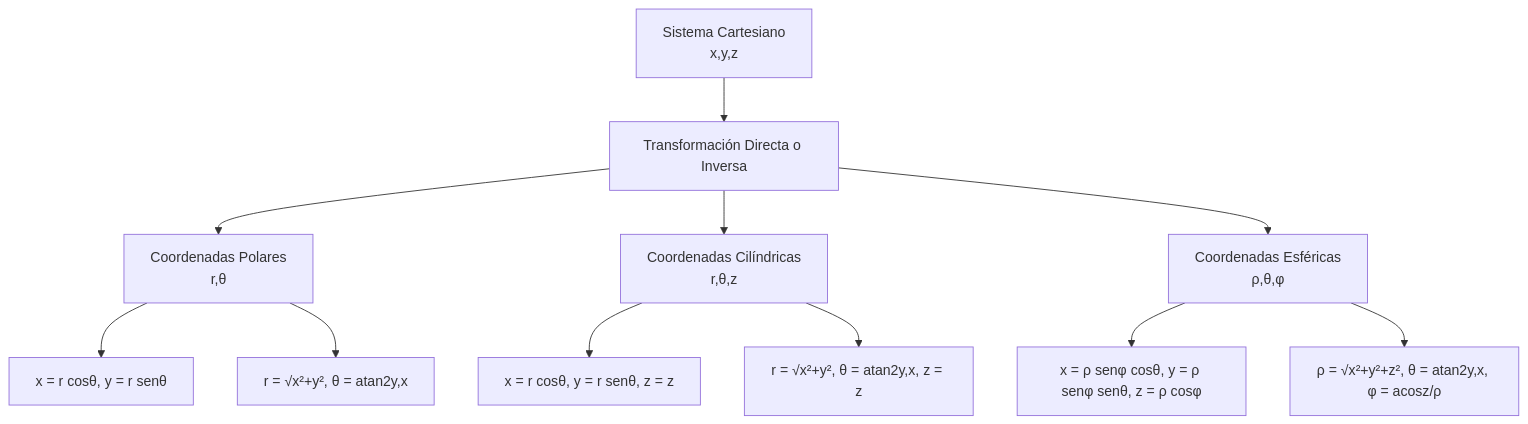
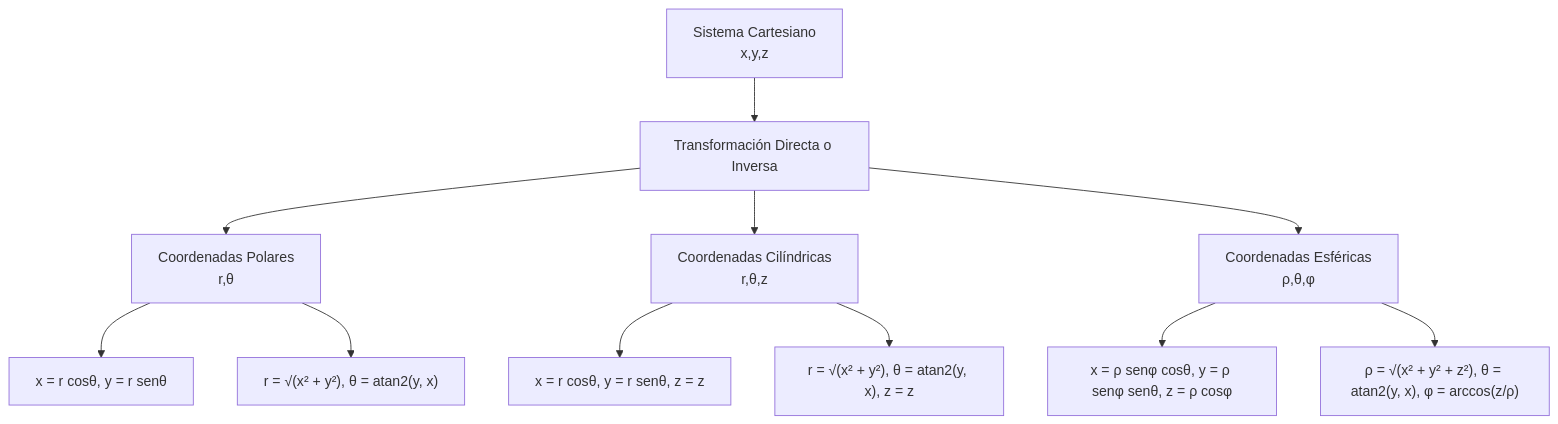
Before and after one commit to djaimej/computer-science-template: the second of 2 diagrams in public/documents/semester-3/2/3215.md, drawn with Mermaid. The commit also changed other lines of this file and 21 other files, not shown here.

````diff
--- a/public/documents/semester-3/2/3215.md
+++ b/public/documents/semester-3/2/3215.md
@@ -197,20 +229,20 @@
 ```mermaid
 graph TD
     A[Sistema Cartesiano<br>x,y,z] --> B[Transformación Directa o Inversa]
 
     B --> D[Coordenadas Polares<br>r,θ]
     B --> E[Coordenadas Cilíndricas<br>r,θ,z]
     B --> F[Coordenadas Esféricas<br>ρ,θ,φ]
 
     D --> G[x = r cosθ, y = r senθ]
-    D --> H[r = √x²+y², θ = atan2y,x]
+    D --> H["r = √(x² + y²), θ = atan2(y, x)"]
 
     E --> I[x = r cosθ, y = r senθ, z = z]
-    E --> J[r = √x²+y², θ = atan2y,x, z = z]
+    E --> J["r = √(x² + y²), θ = atan2(y, x), z = z"]
 
     F --> K[x = ρ senφ cosθ, y = ρ senφ senθ, z = ρ cosφ]
-    F --> L[ρ = √x²+y²+z², θ = atan2y,x, φ = acosz/ρ]
+    F --> L["ρ = √(x² + y² + z²), θ = atan2(y, x), φ = arccos(z/ρ)"]
 
     class A,D,E,F purple;
     class B,C,G,H,I,J,K,L razzmatazz;
 ```
````
